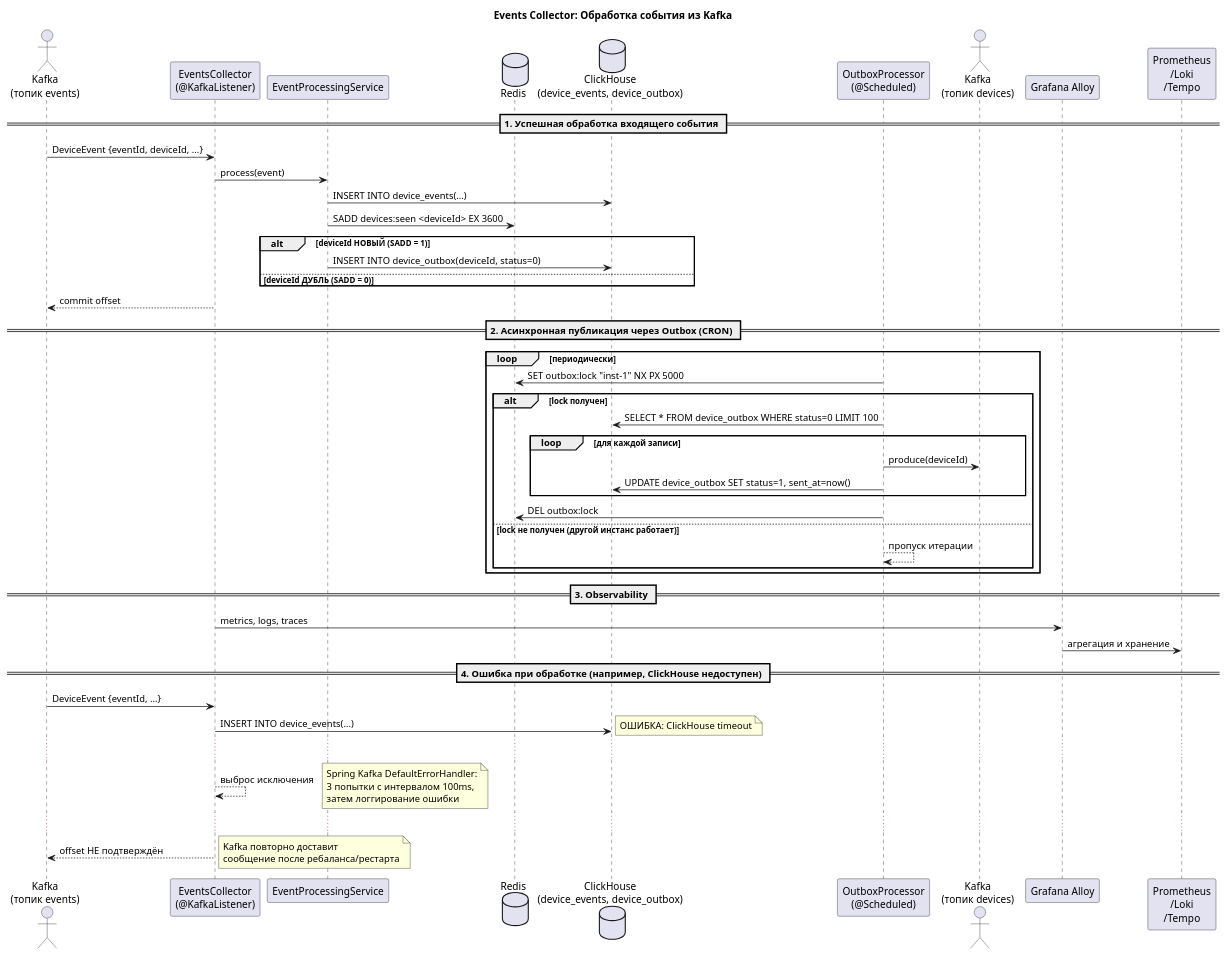
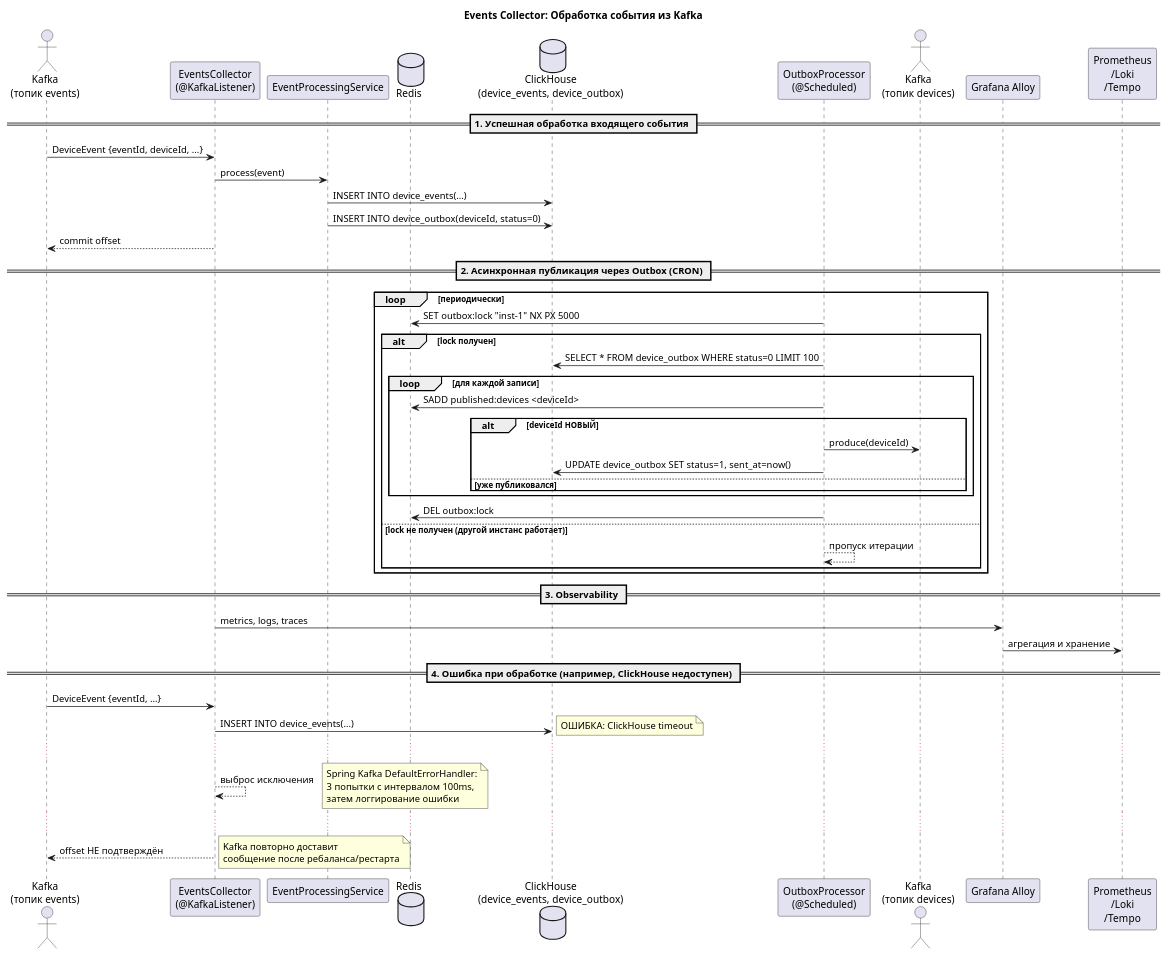
One commit to QuitEnough/highlyLoadedDistributedSystems changed the diagram in diagrams/events-collector-service/sequence.puml. Above: the diagram before and after it, drawn with PlantUML.

Commit message:
HW2: v1.3 выполнение правки: " выпили на этапе получения сообщения добавление в Redis".

```diff
--- a/diagrams/events-collector-service/sequence.puml
+++ b/diagrams/events-collector-service/sequence.puml
@@ -1,53 +1,53 @@
 @startuml
 title Events Collector: Обработка события из Kafka
 
 actor "Kafka\n(топик events)" as KafkaIn
 participant "EventsCollector\n(@KafkaListener)" as EC
 participant "EventProcessingService" as EPS
 database "Redis" as R
 database "ClickHouse\n(device_events, device_outbox)" as CH
 participant "OutboxProcessor\n(@Scheduled)" as OP
 actor "Kafka\n(топик devices)" as KafkaOut
 
 == 1. Успешная обработка входящего события ==
 KafkaIn -> EC : DeviceEvent {eventId, deviceId, ...}
 EC -> EPS : process(event)
 EPS -> CH : INSERT INTO device_events(...)
-EPS -> R : SADD devices:seen <deviceId> EX 3600
-alt deviceId НОВЫЙ (SADD = 1)
-    EPS -> CH : INSERT INTO device_outbox(deviceId, status=0)
-else deviceId ДУБЛЬ (SADD = 0)
-    note right: Пропускаем создание outbox-записи
-end
+EPS -> CH : INSERT INTO device_outbox(deviceId, status=0)
 EC --> KafkaIn : commit offset
 
 == 2. Асинхронная публикация через Outbox (CRON) ==
 loop периодически
     OP -> R : SET outbox:lock "inst-1" NX PX 5000
     alt lock получен
         OP -> CH : SELECT * FROM device_outbox WHERE status=0 LIMIT 100
         loop для каждой записи
-            OP -> KafkaOut : produce(deviceId)
-            OP -> CH : UPDATE device_outbox SET status=1, sent_at=now()
+            OP -> R : SADD published:devices <deviceId>
+            alt deviceId НОВЫЙ
+                OP -> KafkaOut : produce(deviceId)
+                OP -> CH : UPDATE device_outbox SET status=1, sent_at=now()
+            else уже публиковался
+                note right: Пропускаем
+            end
         end
         OP -> R : DEL outbox:lock
     else lock не получен (другой инстанс работает)
         OP --> OP : пропуск итерации
     end
 end
 
 == 3. Observability ==
 EC -> "Grafana Alloy" : metrics, logs, traces
 "Grafana Alloy" -> "Prometheus\n/Loki\n/Tempo" : агрегация и хранение
 
 == 4. Ошибка при обработке (например, ClickHouse недоступен) ==
 KafkaIn -> EC : DeviceEvent {eventId, ...}
 EC -> CH : INSERT INTO device_events(...)
 note right: ОШИБКА: ClickHouse timeout
 ...
 EC --> EC : выброс исключения
 note right: Spring Kafka DefaultErrorHandler:\n3 попытки с интервалом 100ms,\nзатем логгирование ошибки
 ...
 EC --> KafkaIn : offset НЕ подтверждён
 note right: Kafka повторно доставит\nсообщение после ребаланса/рестарта
 @enduml
```
